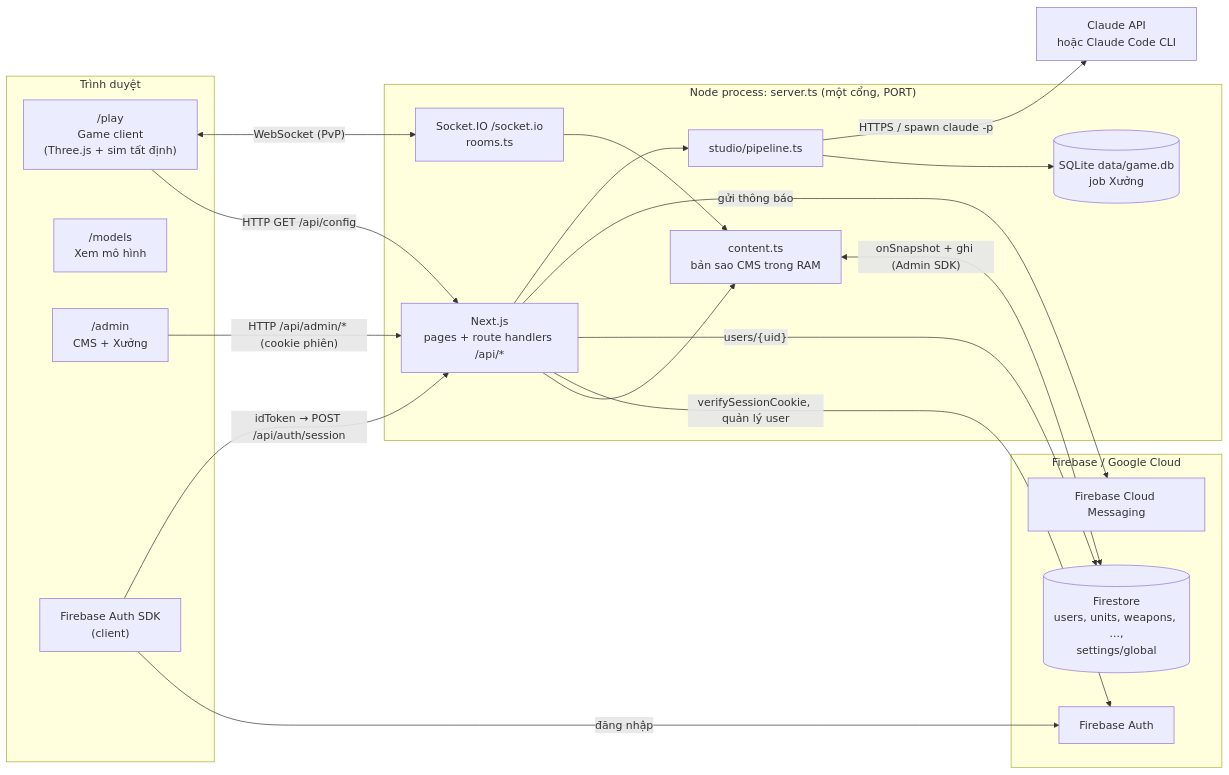
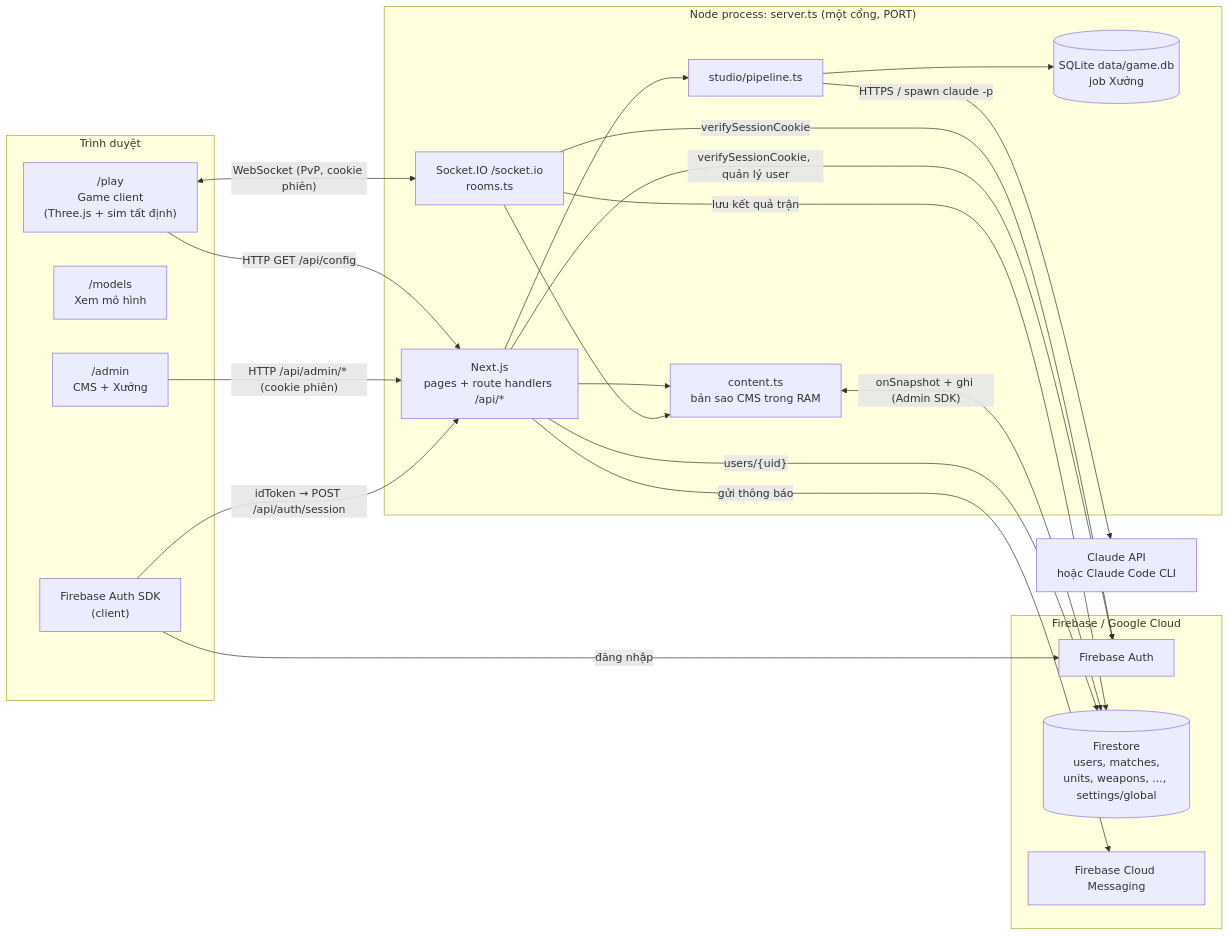
Before and after one commit to lualua0909/simulator-battle-webgame: the first of 10 diagrams in docs/ARCHITECTURE.md, drawn with Mermaid. The commit also changed other lines of this file and 11 other files, not shown here.

````diff
--- a/docs/ARCHITECTURE.md
+++ b/docs/ARCHITECTURE.md
@@ -18,41 +18,43 @@
 ```mermaid
 flowchart LR
   subgraph Browser["Trình duyệt"]
     Game["/play<br/>Game client<br/>(Three.js + sim tất định)"]
     Models["/models<br/>Xem mô hình"]
     CMS["/admin<br/>CMS + Xưởng"]
     FBClient["Firebase Auth SDK<br/>(client)"]
   end
 
   subgraph Node["Node process: server.ts (một cổng, PORT)"]
     Next["Next.js<br/>pages + route handlers /api/*"]
     IO["Socket.IO /socket.io<br/>rooms.ts"]
     Content["content.ts<br/>bản sao CMS trong RAM"]
     Studio["studio/pipeline.ts"]
     SQLite[("SQLite data/game.db<br/>job Xưởng")]
   end
 
   subgraph Google["Firebase / Google Cloud"]
     FAuth["Firebase Auth"]
-    FS[("Firestore<br/>users, units, weapons, ...,<br/>settings/global")]
+    FS[("Firestore<br/>users, matches,<br/>units, weapons, ..., settings/global")]
     FCM["Firebase Cloud Messaging"]
   end
 
   Claude["Claude API<br/>hoặc Claude Code CLI"]
 
   Game -- "HTTP GET /api/config" --> Next
-  Game <-- "WebSocket (PvP)" --> IO
+  Game <-- "WebSocket (PvP, cookie phiên)" --> IO
   CMS -- "HTTP /api/admin/* (cookie phiên)" --> Next
   FBClient -- "đăng nhập" --> FAuth
   FBClient -- "idToken → POST /api/auth/session" --> Next
 
   Next --> Content
   IO --> Content
+  IO -- "verifySessionCookie" --> FAuth
+  IO -- "lưu kết quả trận" --> FS
   Content <-- "onSnapshot + ghi (Admin SDK)" --> FS
   Next -- "verifySessionCookie, quản lý user" --> FAuth
   Next -- "users/{uid}" --> FS
   Next -- "gửi thông báo" --> FCM
   Next --> Studio
   Studio --> SQLite
   Studio -- "HTTPS / spawn claude -p" --> Claude
 ```
````
